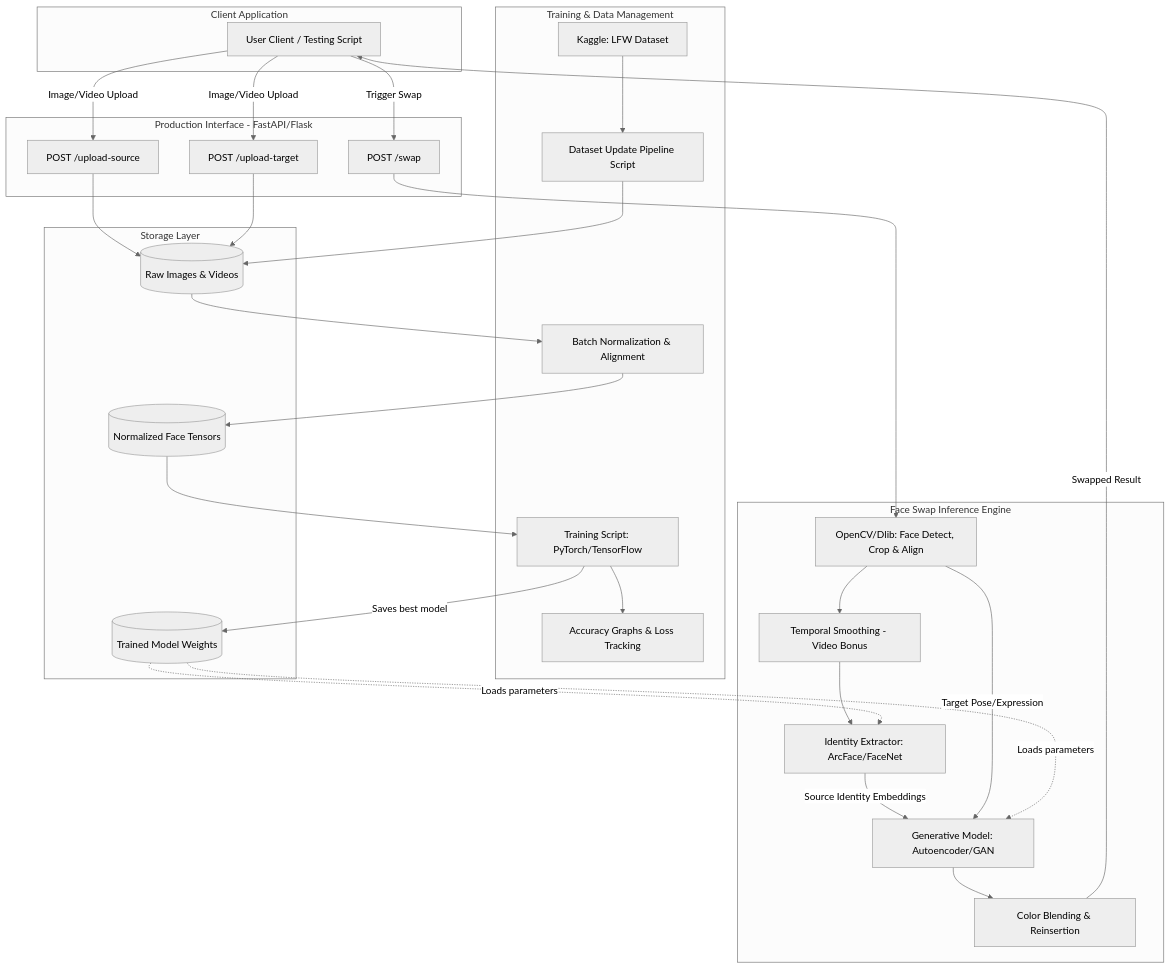
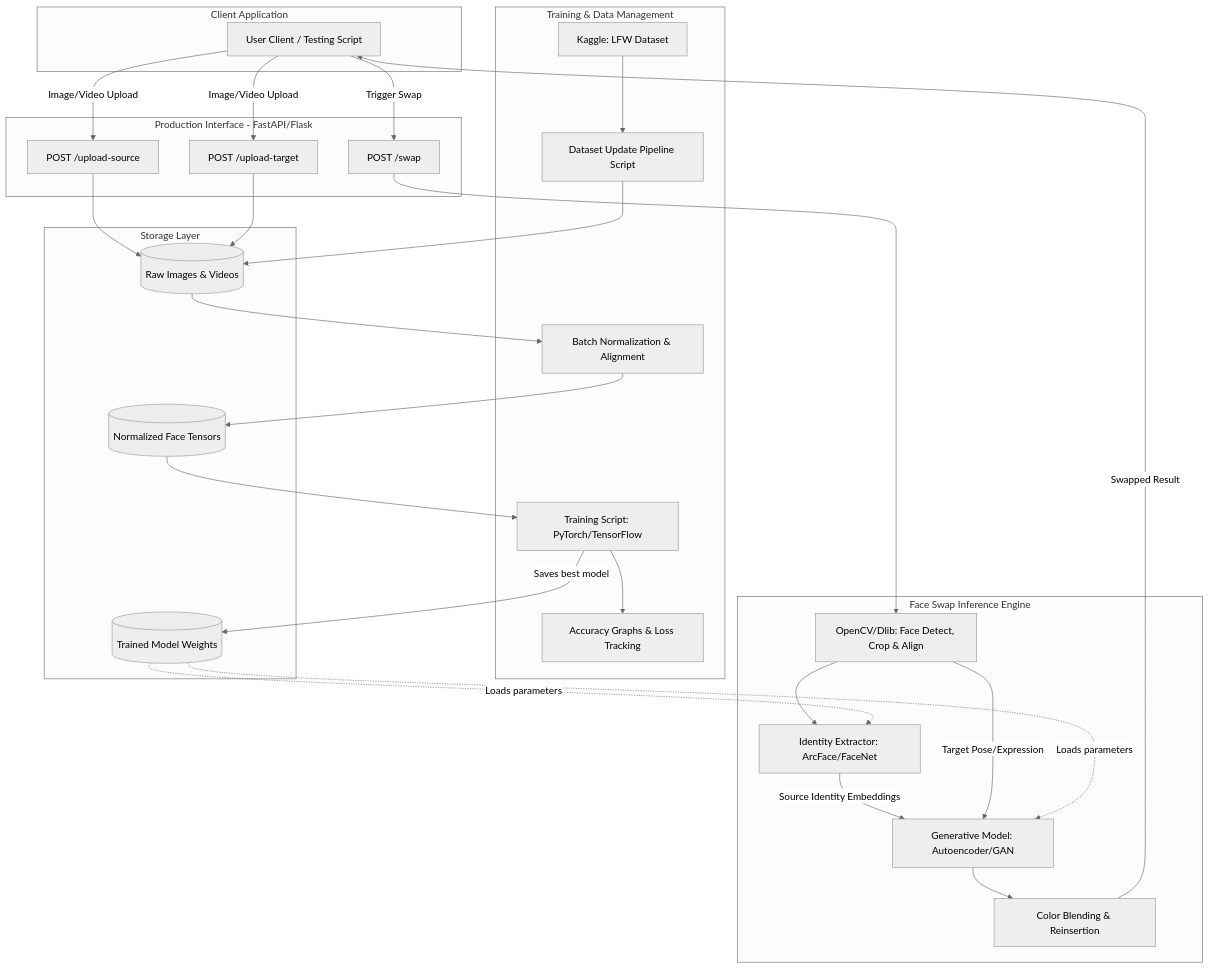
One commit to longhl104/face-swap changed the diagram in docs/HIGH_LEVEL_ARCHITECTURE.md. Above: the diagram before and after it, drawn with Mermaid (neutral theme). The commit also changed other lines of this file and 4 other files, not shown here.

````diff
--- a/docs/HIGH_LEVEL_ARCHITECTURE.md
+++ b/docs/HIGH_LEVEL_ARCHITECTURE.md
@@ -7,71 +7,69 @@
 ```mermaid
 graph TD
     %% Client and API Interface
     subgraph Client [Client Application]
         UI[User Client / Testing Script]
     end
 
     subgraph API_Layer [Production Interface - FastAPI/Flask]
         Upload_Source[POST /upload-source]
         Upload_Target[POST /upload-target]
         Swap_Action[POST /swap]
     end
 
     %% Inference Engine (Real-time & Video Processing)
     subgraph ML_Inference [Face Swap Inference Engine]
         Preprocess_Infer[OpenCV/Dlib: Face Detect, Crop & Align]
-        Temporal_Smooth[Temporal Smoothing - Video Bonus]
         ID_Extractor[Identity Extractor: ArcFace/FaceNet]
         Generator[Generative Model: Autoencoder/GAN]
         Postprocess[Color Blending & Reinsertion]
     end
 
     %% Data Pipeline and Training
     subgraph Data_Pipeline [Training & Data Management]
         Dataset_Source[Kaggle: LFW Dataset]
         Update_Method[Dataset Update Pipeline Script]
         Preprocess_Train[Batch Normalization & Alignment]
         Training_Script[Training Script: PyTorch/TensorFlow]
         Eval_Metrics[Accuracy Graphs & Loss Tracking]
     end
 
     %% Cloud / Local Storage
     subgraph Storage [Storage Layer]
         Raw_Media[(Raw Images & Videos)]
         Processed_Tensors[(Normalized Face Tensors)]
         Model_Weights[(Trained Model Weights)]
     end
 
     %% --- Connections ---
 
     %% API Flow
     UI -->|Image/Video Upload| Upload_Source
     UI -->|Image/Video Upload| Upload_Target
     UI -->|Trigger Swap| Swap_Action
 
     Upload_Source --> Raw_Media
     Upload_Target --> Raw_Media
     
     %% Inference Flow
     Swap_Action --> Preprocess_Infer
-    Preprocess_Infer --> Temporal_Smooth
-    Temporal_Smooth --> ID_Extractor
+    Preprocess_Infer --> ID_Extractor
     ID_Extractor -->|Source Identity Embeddings| Generator
     Preprocess_Infer -->|Target Pose/Expression| Generator
     Generator --> Postprocess
     Postprocess -->|Swapped Result| UI
 
     %% Data & Training Flow
     Dataset_Source --> Update_Method
     Update_Method --> Raw_Media
     Raw_Media --> Preprocess_Train
     Preprocess_Train --> Processed_Tensors
     Processed_Tensors --> Training_Script
     Training_Script --> Eval_Metrics
     Training_Script -->|Saves best model| Model_Weights
 
     %% Load Weights
     Model_Weights -.->|Loads parameters| Generator
     Model_Weights -.->|Loads parameters| ID_Extractor
 
 ```
````
